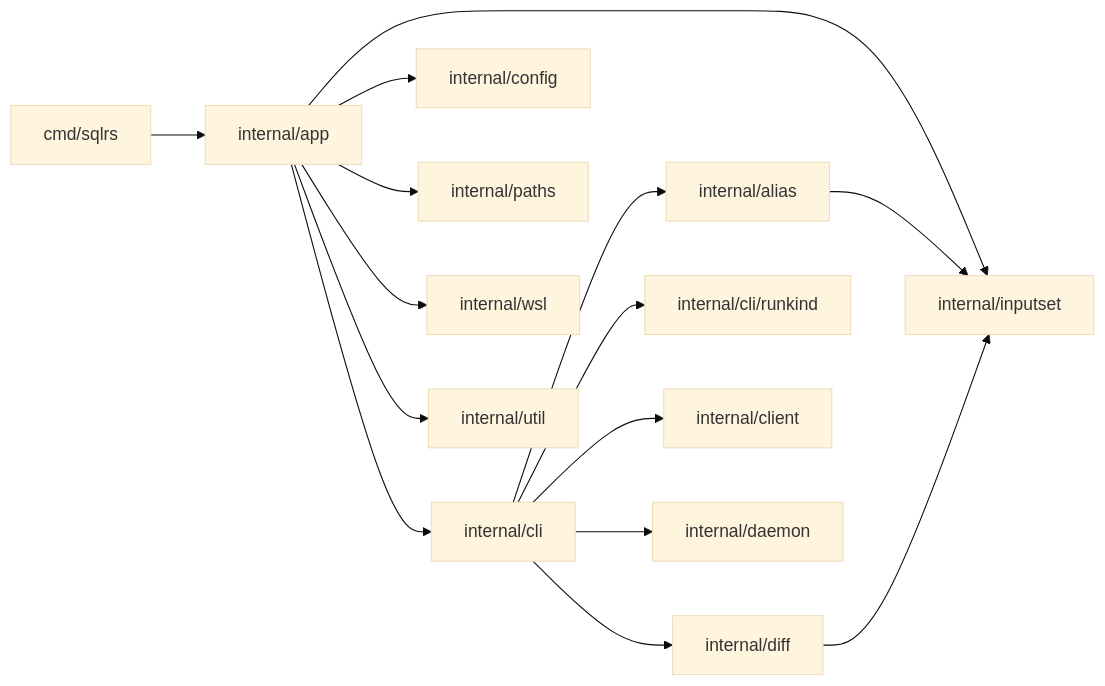
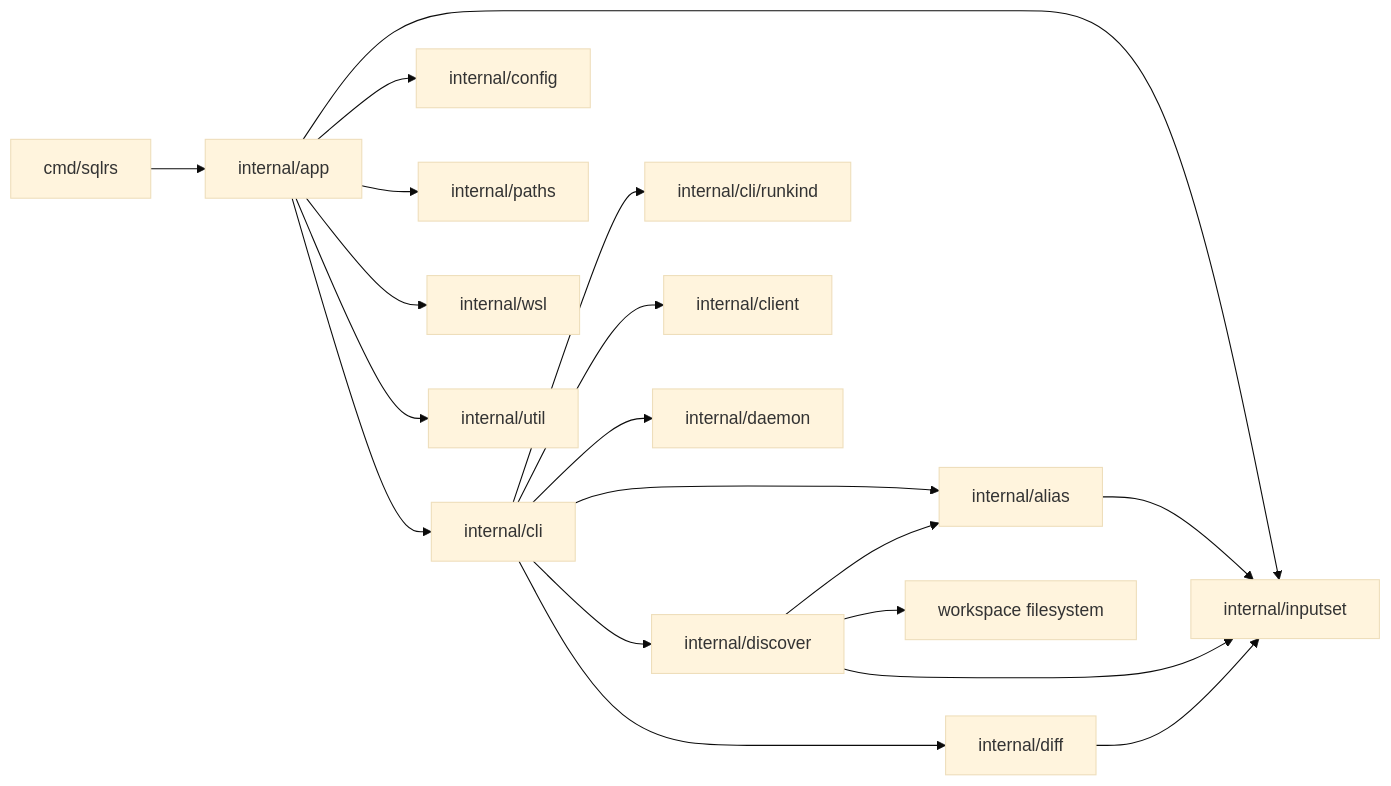
One commit to kimak-irmagi/taidon changed the diagram in docs/architecture/cli-component-structure.RU.md. Above: the diagram before and after it, drawn with Mermaid (base theme). The commit also changed other lines of this file and 22 other files, not shown here.

Commit message:
Documents updated for `discover` and `alias create`

````diff
--- a/docs/architecture/cli-component-structure.RU.md
+++ b/docs/architecture/cli-component-structure.RU.md
@@ -107,31 +120,37 @@
 ```mermaid
 flowchart LR
   CMD["cmd/sqlrs"]
   APP["internal/app"]
   CLI["internal/cli"]
   INPUTSET["internal/inputset"]
   ALIAS["internal/alias"]
+  DISCOVER["internal/discover"]
   DIFF["internal/diff"]
   RUNKIND["internal/cli/runkind"]
   CLIENT["internal/client"]
   DAEMON["internal/daemon"]
   CONFIG["internal/config"]
   PATHS["internal/paths"]
   WSL["internal/wsl"]
   UTIL["internal/util"]
+  FS["workspace filesystem"]
 
   CMD --> APP
   APP --> CLI
   APP --> INPUTSET
   APP --> CONFIG
   APP --> PATHS
   APP --> WSL
   APP --> UTIL
   CLI --> CLIENT
   CLI --> DAEMON
   CLI --> RUNKIND
   CLI --> ALIAS
+  CLI --> DISCOVER
   CLI --> DIFF
   ALIAS --> INPUTSET
+  DISCOVER --> ALIAS
+  DISCOVER --> INPUTSET
+  DISCOVER --> FS
   DIFF --> INPUTSET
 ```
````
